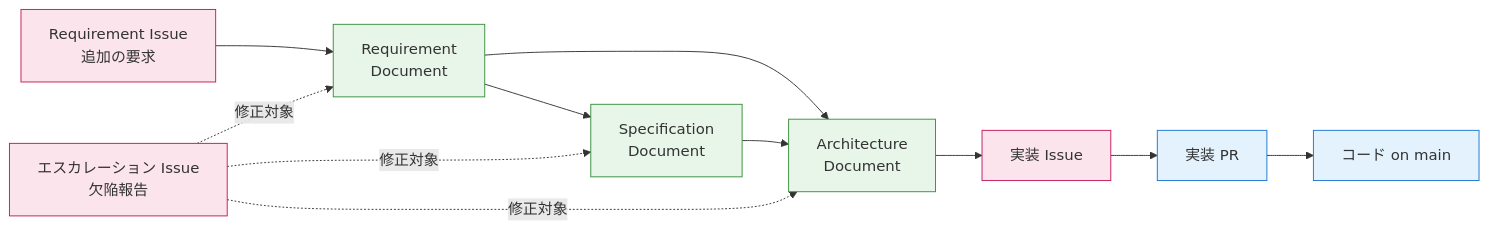
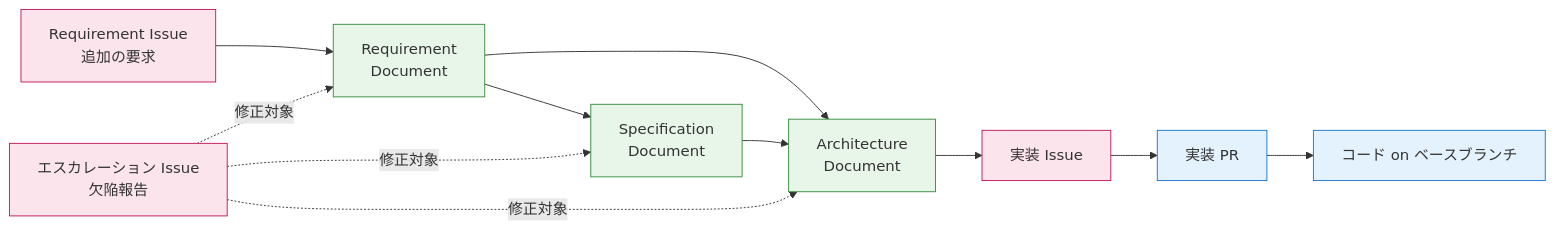
One commit to yumor-org/aigile changed the third of 3 diagrams in docs/concepts.md. Above: the diagram before and after it, drawn with Mermaid. The commit also changed other lines of this file and 4 other files, not shown here.

````diff
--- a/docs/concepts.md
+++ b/docs/concepts.md
@@ -117,21 +117,21 @@
 ```mermaid
 flowchart LR
     RI[Requirement Issue<br/>追加の要求] --> RD[Requirement<br/>Document]
     RD --> SD[Specification<br/>Document]
     RD --> AD[Architecture<br/>Document]
     SD --> AD
     AD --> II[実装 Issue]
     II --> IP[実装 PR]
-    IP --> Code[コード on main]
+    IP --> Code[コード on ベースブランチ]
 
     EI[エスカレーション Issue<br/>欠陥報告] -.修正対象.-> RD
     EI -.修正対象.-> SD
     EI -.修正対象.-> AD
 
     classDef issue fill:#fce4ec,stroke:#c2185b
     classDef doc fill:#e8f5e9,stroke:#388e3c
     classDef code fill:#e3f2fd,stroke:#1976d2
     class RI,EI,II issue
     class RD,SD,AD doc
     class IP,Code code
 ```
````
